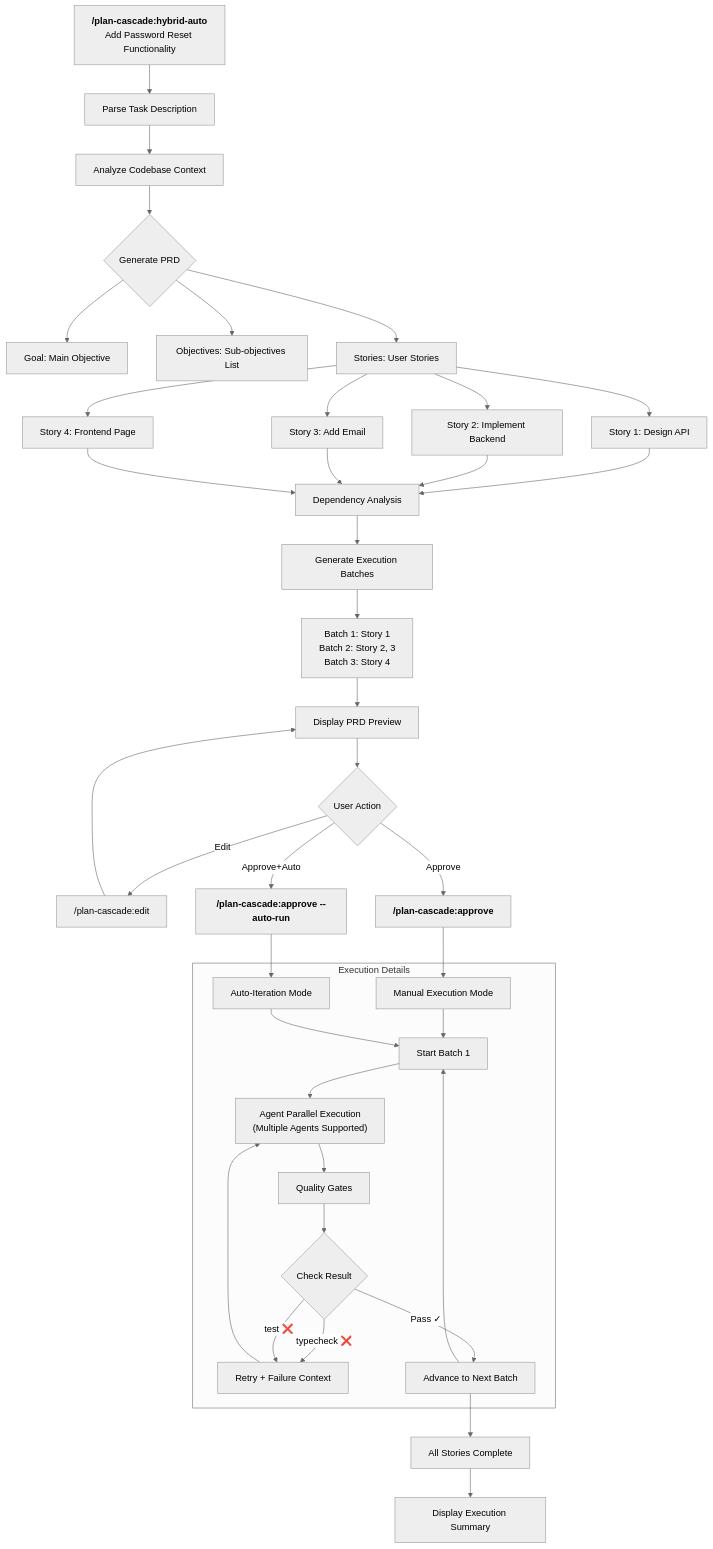
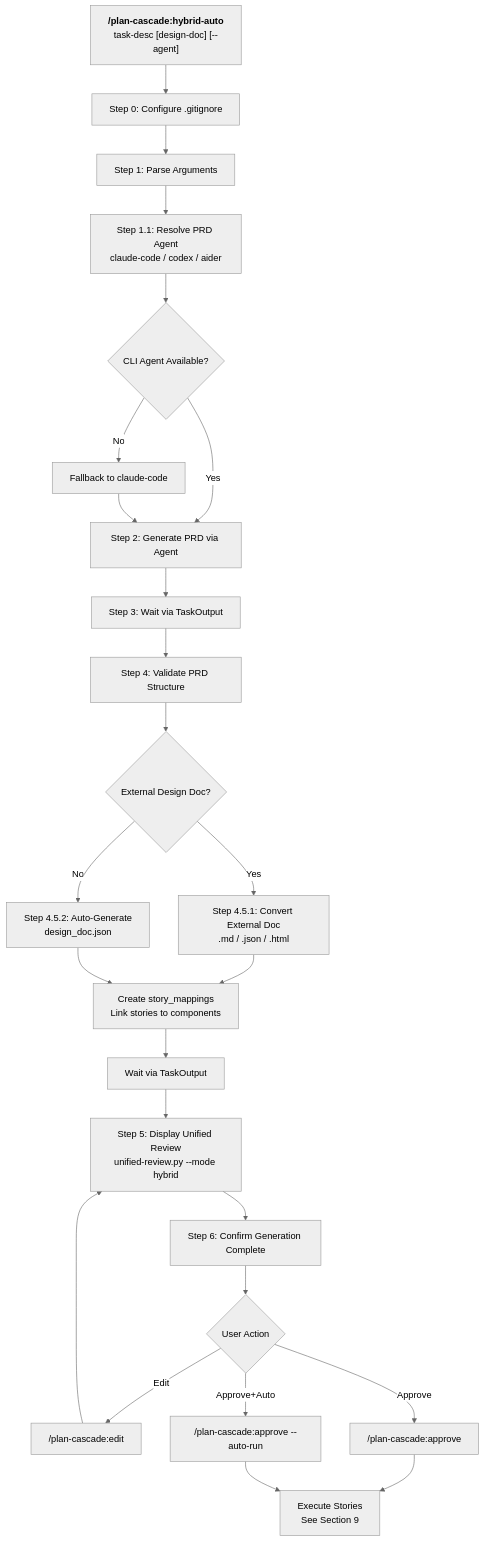
Diagram 11 of 14 in docs/System-Architecture.md (Taoidle/plan-cascade), drawn with Mermaid (neutral theme) before and after one commit. The commit also changed other lines of this file and 1 other file, not shown here.

First line of the commit message:
docs(architecture): update system architecture to match actual implementation

````diff
--- a/docs/System-Architecture.md
+++ b/docs/System-Architecture.md
@@ -672,50 +742,36 @@
 ```mermaid
 flowchart TD
-    A["<b>/plan-cascade:hybrid-auto</b><br/>Add Password Reset Functionality"] --> B[Parse Task Description]
-    B --> C[Analyze Codebase Context]
-    C --> D{Generate PRD}
+    A["<b>/plan-cascade:hybrid-auto</b><br/>task-desc [design-doc] [--agent]"] --> A0[Step 0: Configure .gitignore]
+    A0 --> B[Step 1: Parse Arguments]
+    B --> C[Step 1.1: Resolve PRD Agent<br/>claude-code / codex / aider]
 
-    D --> E[Goal: Main Objective]
-    D --> F[Objectives: Sub-objectives List]
-    D --> G[Stories: User Stories]
+    C --> D{CLI Agent Available?}
+    D -->|No| D1[Fallback to claude-code]
+    D -->|Yes| E
+    D1 --> E
 
-    G --> H[Story 1: Design API]
-    G --> I[Story 2: Implement Backend]
-    G --> J[Story 3: Add Email]
-    G --> K[Story 4: Frontend Page]
+    E[Step 2: Generate PRD via Agent]
+    E --> F[Step 3: Wait via TaskOutput]
+    F --> G[Step 4: Validate PRD Structure]
 
-    H --> L[Dependency Analysis]
-    I --> L
-    J --> L
-    K --> L
+    G --> H{External Design Doc?}
+    H -->|Yes| I[Step 4.5.1: Convert External Doc<br/>.md / .json / .html]
+    H -->|No| J[Step 4.5.2: Auto-Generate<br/>design_doc.json]
+    I --> K
+    J --> K
 
-    L --> M[Generate Execution Batches]
-    M --> N["Batch 1: Story 1<br/>Batch 2: Story 2, 3<br/>Batch 3: Story 4"]
+    K[Create story_mappings<br/>Link stories to components]
+    K --> L[Wait via TaskOutput]
+    L --> M[Step 5: Display Unified Review<br/>unified-review.py --mode hybrid]
 
-    N --> O[Display PRD Preview]
-    O --> P{User Action}
+    M --> N[Step 6: Confirm Generation Complete]
+    N --> O{User Action}
 
-    P -->|Edit| Q["/plan-cascade:edit"]
-    Q --> O
-    P -->|Approve| R["<b>/plan-cascade:approve</b>"]
-    P -->|"Approve+Auto"| S["<b>/plan-cascade:approve --auto-run</b>"]
+    O -->|Edit| P["/plan-cascade:edit"]
+    P --> M
+    O -->|Approve| Q["/plan-cascade:approve"]
+    O -->|"Approve+Auto"| R["/plan-cascade:approve --auto-run"]
 
-    R --> T[Manual Execution Mode]
-    S --> U[Auto-Iteration Mode]
-
-    subgraph "Execution Details"
-        T --> V[Start Batch 1]
-        U --> V
-        V --> W["Agent Parallel Execution<br/>(Multiple Agents Supported)"]
-        W --> X[Quality Gates]
-        X --> Y{Check Result}
-        Y -->|typecheck ❌| Z[Retry + Failure Context]
-        Y -->|test ❌| Z
-        Y -->|Pass ✓| AA[Advance to Next Batch]
-        Z --> W
-        AA --> V
-    end
-
-    AA --> AB[All Stories Complete]
-    AB --> AC[Display Execution Summary]
+    Q --> EXEC[Execute Stories<br/>See Section 9]
+    R --> EXEC
 ```
````
